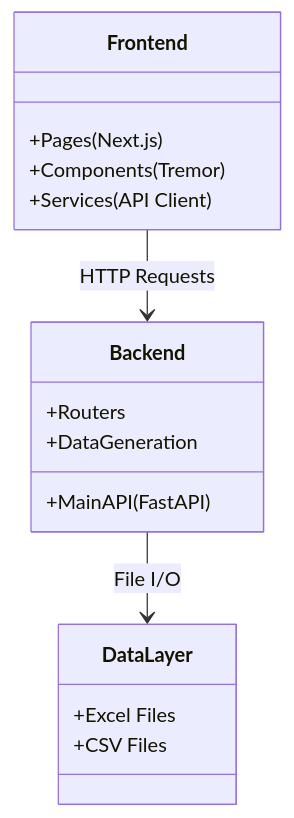
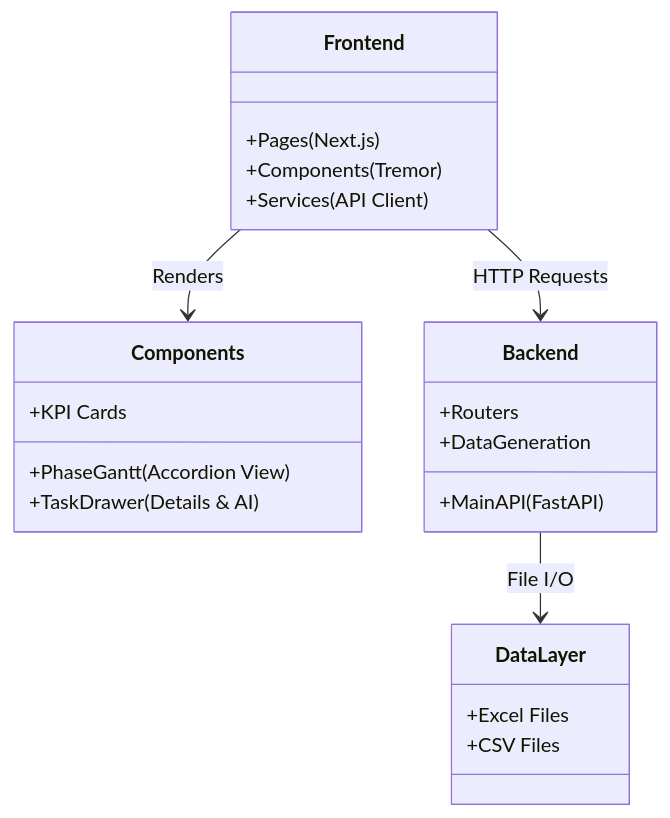
The second of 3 diagrams in SYSTEM_ARCHITECTURE.md (macho715/sct-pjt), drawn with Mermaid before and after one commit. The commit also changed other lines of this file and 7 other files, not shown here.

First line of the commit message:
feat(ui): overhaul dashboard with hierarchical gantt and task drawer

````diff
--- a/SYSTEM_ARCHITECTURE.md
+++ b/SYSTEM_ARCHITECTURE.md
@@ -38,22 +42,29 @@
 ```mermaid
 classDiagram
     class Frontend {
         +Pages (Next.js)
         +Components (Tremor)
         +Services (API Client)
+    }
+
+    class Components {
+        +PhaseGantt (Accordion View)
+        +TaskDrawer (Details & AI)
+        +KPI Cards
     }
     
     class Backend {
         +MainAPI (FastAPI)
         +Routers
         +DataGeneration
     }
     
     class DataLayer {
         +Excel Files
         +CSV Files
     }
 
+    Frontend --> Components : Renders
     Frontend --> Backend : HTTP Requests
     Backend --> DataLayer : File I/O
 ```
````
